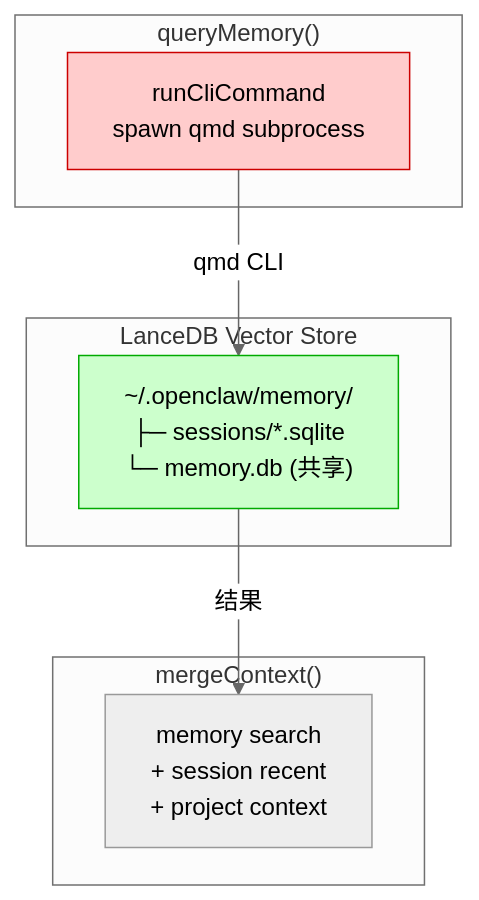
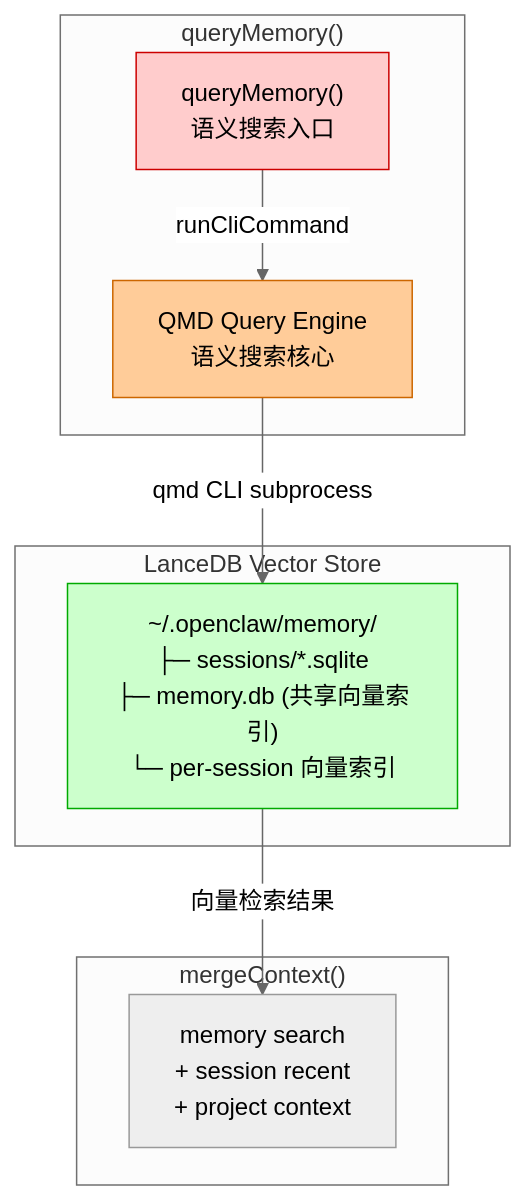
One commit to zzyong24/hermes-openclaw-book changed the third of 4 diagrams in 第4章-Memory系统对比.md. Above: the diagram before and after it, drawn with Mermaid (neutral theme). The commit also changed other lines of this file and 6 other files, not shown here.

Commit message:
修复 mermaid 图表：flowchart 改为 graph 兼容 11.x

````diff
--- a/第4章-Memory系统对比.md
+++ b/第4章-Memory系统对比.md
@@ -288,20 +284,28 @@
 ```mermaid
-flowchart TD
+graph TD
     subgraph Query["queryMemory()"]
-        QM["runCliCommand<br>spawn qmd subprocess"]
+        QM["queryMemory()<br>语义搜索入口"]
+        QMD["QMD Query Engine<br>语义搜索核心"]
     end
 
-    subgraph Vector["LanceDB Vector Store"]
-        LD["~/.openclaw/memory/<br>├─ sessions/*.sqlite<br>└─ memory.db (共享)"]
+    subgraph Store["LanceDB Vector Store"]
+        LD["~/.openclaw/memory/
+├─ sessions/*.sqlite
+├─ memory.db (共享向量索引)
+└─ per-session 向量索引"]
     end
 
     subgraph Merge["mergeContext()"]
-        MC["memory search<br>+ session recent<br>+ project context"]
+        MC["memory search
++ session recent
++ project context"]
     end
 
-    QM -->|qmd CLI| LD
-    LD -->|结果| MC
+    QM -->|runCliCommand| QMD
+    QMD -->|qmd CLI subprocess| LD
+    LD -->|向量检索结果| MC
 
     style QM fill:#ffcccc,stroke:#cc0000
+    style QMD fill:#ffcc99,stroke:#cc6600
     style LD fill:#ccffcc,stroke:#00aa00
 ```
````
